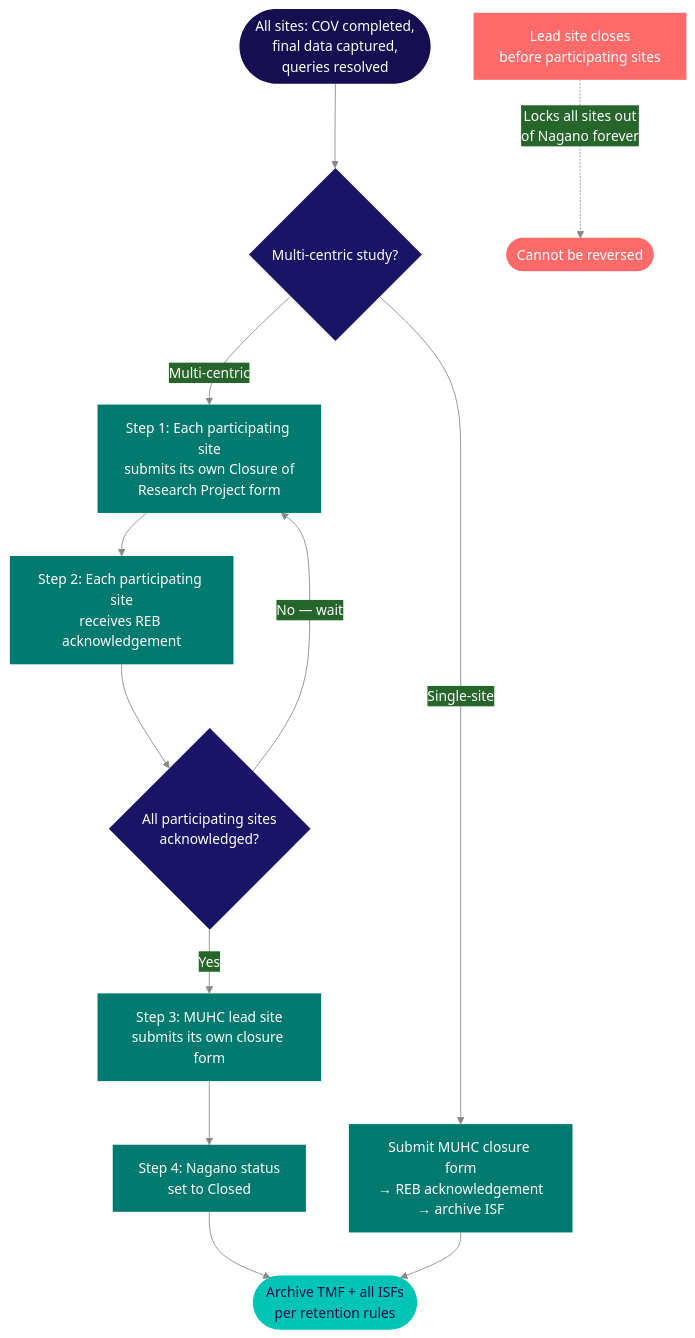
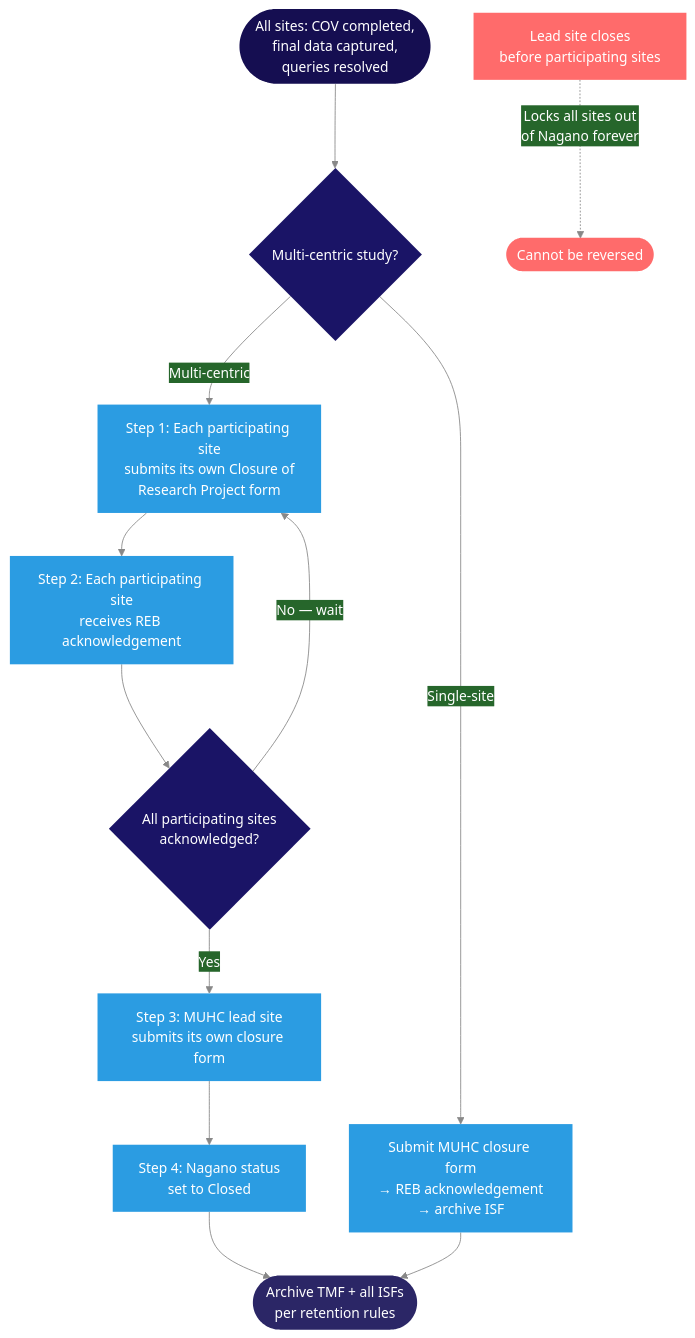
One commit to matthewfiorentino/docs changed the second of 2 diagrams in kb/close-out.mdx. Above: the diagram before and after it, drawn with Mermaid. The commit also changed other lines of this file and 36 other files, not shown here.

````diff
--- a/kb/close-out.mdx
+++ b/kb/close-out.mdx
@@ -161,28 +161,28 @@
 ```mermaid
 %%{init: {'theme':'base','themeVariables':{'primaryColor':'#2b2666','primaryTextColor':'#ffffff','primaryBorderColor':'#2b2666','lineColor':'#888','fontFamily':'system-ui,sans-serif'}}}%%
 flowchart TD
     A(["All sites: COV completed,<br/>final data captured,<br/>queries resolved"]) --> B{"Multi-centric study?"}
     B -->|"Single-site"| SS["Submit MUHC closure form<br/>→ REB acknowledgement<br/>→ archive ISF"]
     B -->|"Multi-centric"| C["Step 1: Each participating site<br/>submits its own Closure of<br/>Research Project form"]
     C --> D["Step 2: Each participating site<br/>receives REB acknowledgement"]
     D --> E{"All participating sites<br/>acknowledged?"}
     E -->|"No — wait"| C
     E -->|"Yes"| F["Step 3: MUHC lead site<br/>submits its own closure form"]
     F --> G["Step 4: Nagano status<br/>set to Closed"]
     G --> END(["Archive TMF + all ISFs<br/>per retention rules"])
     SS --> END
 
     EARLY["Lead site closes<br/>before participating sites"]:::warn -.->|"Locks all sites out<br/>of Nagano forever"| LOCK([" Cannot be reversed"]):::warn
 
     classDef warn fill:#ff6b6b,color:#fff,stroke:none
 
     style A fill:#150e51,color:#fff,stroke:none
     style B fill:#1a1466,color:#fff,stroke:none
     style E fill:#1a1466,color:#fff,stroke:none
-    style SS fill:#007a6e,color:#fff,stroke:none
-    style C fill:#007a6e,color:#fff,stroke:none
-    style D fill:#007a6e,color:#fff,stroke:none
-    style F fill:#007a6e,color:#fff,stroke:none
-    style G fill:#007a6e,color:#fff,stroke:none
-    style END fill:#00c4b4,color:#150e51,stroke:none
+    style SS fill:#2b9ce2,color:#fff,stroke:none
+    style C fill:#2b9ce2,color:#fff,stroke:none
+    style D fill:#2b9ce2,color:#fff,stroke:none
+    style F fill:#2b9ce2,color:#fff,stroke:none
+    style G fill:#2b9ce2,color:#fff,stroke:none
+    style END fill:#2b2666,color:#fff,stroke:none
 ```
````
